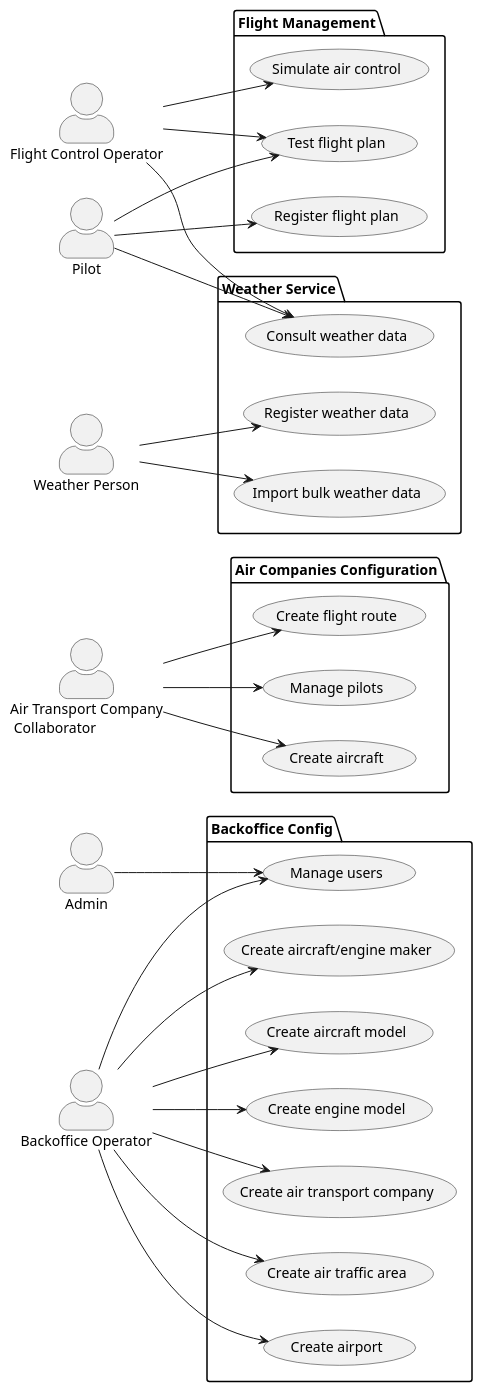
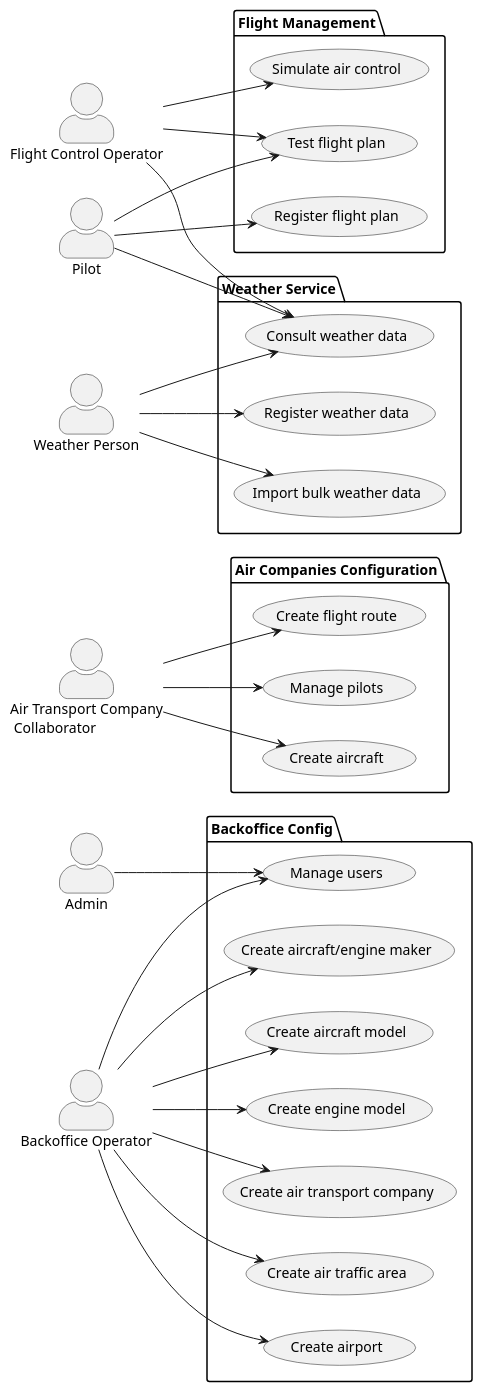
One commit to brunodspinto/aisafe changed the diagram in aisafe.base/docs/global-artifacts/01.requirements-engineering/puml/UCD.puml. Above: the diagram before and after it, drawn with PlantUML. The commit also changed 4 other files, not shown here.

```diff
--- a/aisafe.base/docs/global-artifacts/01.requirements-engineering/puml/UCD.puml
+++ b/aisafe.base/docs/global-artifacts/01.requirements-engineering/puml/UCD.puml
@@ -1,60 +1,61 @@
 @startuml "LAPR4 Use Cases"
 left to right direction
 skinparam actorStyle awesome
 
 actor "Admin" as Admin
 actor "Backoffice Operator" as BO
 actor "Air Transport Company\n Collaborator" as ATCC
 actor "Pilot" as Pilot
 actor "Flight Control Operator" as FCO
 actor "Weather Person" as WP
 
   package "Backoffice Config" as bConfig {
     usecase "Manage users" as UC07
     usecase "Create air traffic area" as UC01
     usecase "Create airport" as UC02
     usecase "Create aircraft/engine maker" as UC03
     usecase "Create aircraft model" as UC04
     usecase "Create engine model" as UC05
     usecase "Create air transport company" as UC06
   }
 
   package "Air Companies Configuration" as acConfig {
     usecase "Create aircraft" as UC21
     usecase "Create flight route" as UC22
     usecase "Manage pilots" as UC23
   }
 
   package "Flight Management" as flightMng {
     usecase "Register flight plan" as UC41
     usecase "Test flight plan" as UC42
     usecase "Simulate air control" as UC43
   }
 
   package "Weather Service" as wService {
     usecase "Register weather data" as UC30
     usecase "Import bulk weather data" as UC31
     usecase "Consult weather data" as UC32
   }
 
 Admin --> UC07
 BO --> UC01
 BO --> UC02
 BO --> UC03
 BO --> UC04
 BO --> UC05
 BO --> UC06
 BO --> UC07
 ATCC --> UC21
 ATCC --> UC22
 ATCC --> UC23
 Pilot --> UC41
 Pilot --> UC42
 Pilot --> UC32
 FCO --> UC42
 FCO --> UC43
 WP --> UC30
 WP --> UC31
+WP --> UC32
 FCO --> UC32
 
 @enduml
```
